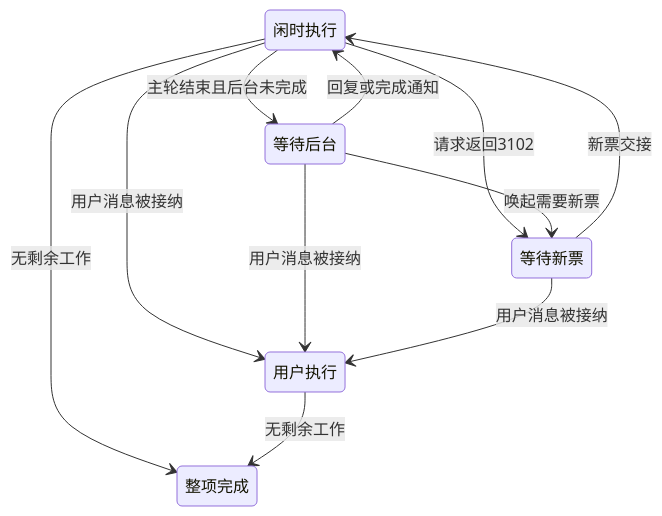
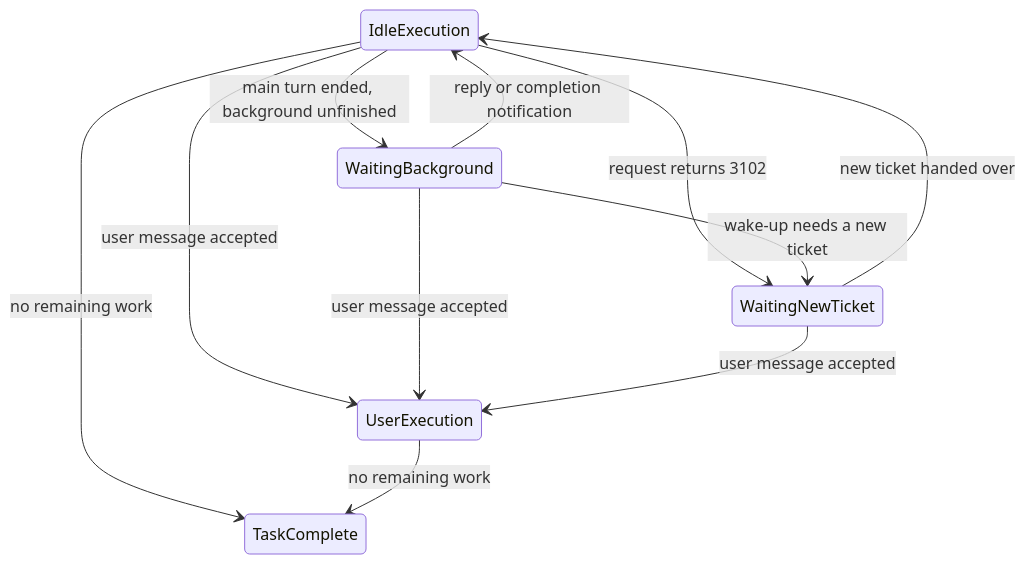
Before and after one commit to osben/ZCode: the diagram in docs/off-peak-task/spec.md, drawn with Mermaid. The commit also changed other lines of this file and 12 other files, not shown here.

````diff
--- a/docs/off-peak-task/spec.md
+++ b/docs/off-peak-task/spec.md
@@ -532,13 +829,13 @@
 ```mermaid
 stateDiagram-v2
-  闲时执行 --> 等待后台: 主轮结束且后台未完成
-  等待后台 --> 闲时执行: 回复或完成通知
-  闲时执行 --> 等待新票: 请求返回3102
-  等待后台 --> 等待新票: 唤起需要新票
-  等待新票 --> 闲时执行: 新票交接
-  闲时执行 --> 用户执行: 用户消息被接纳
-  等待后台 --> 用户执行: 用户消息被接纳
-  等待新票 --> 用户执行: 用户消息被接纳
-  闲时执行 --> 整项完成: 无剩余工作
-  用户执行 --> 整项完成: 无剩余工作
+  IdleExecution --> WaitingBackground: main turn ended, background unfinished
+  WaitingBackground --> IdleExecution: reply or completion notification
+  IdleExecution --> WaitingNewTicket: request returns 3102
+  WaitingBackground --> WaitingNewTicket: wake-up needs a new ticket
+  WaitingNewTicket --> IdleExecution: new ticket handed over
+  IdleExecution --> UserExecution: user message accepted
+  WaitingBackground --> UserExecution: user message accepted
+  WaitingNewTicket --> UserExecution: user message accepted
+  IdleExecution --> TaskComplete: no remaining work
+  UserExecution --> TaskComplete: no remaining work
 ```
````
